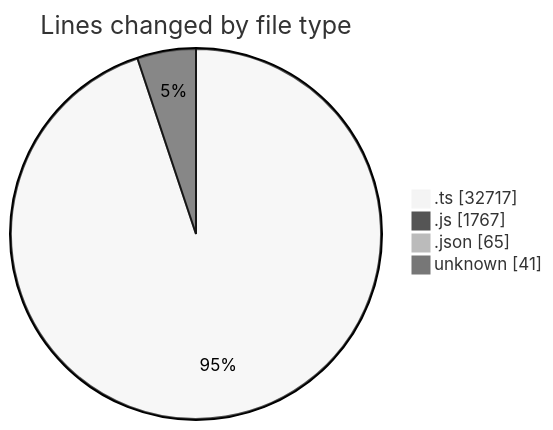
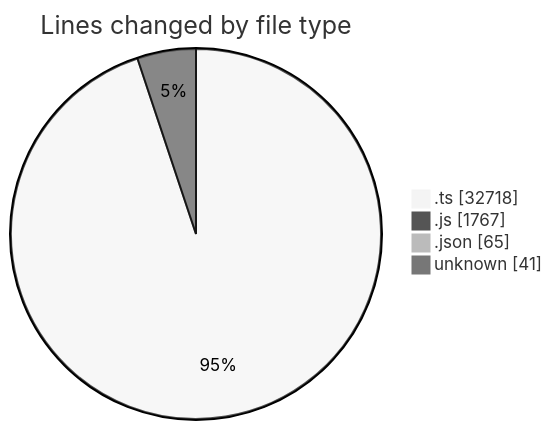
Before and after one commit to momahboobian/code-tracking: the first of 2 diagrams in 2025-07-31/cda/README.md, drawn with Mermaid (neutral theme). The commit also changed other lines of this file and 1 other file, not shown here.

````diff
--- a/2025-07-31/cda/README.md
+++ b/2025-07-31/cda/README.md
@@ -30,8 +30,8 @@
 ```mermaid
 pie showData
 title Lines changed by file type
-".ts" : 32717
+".ts" : 32718
 ".js" : 1767
 ".json" : 65
 "unknown" : 41
 ```
````
